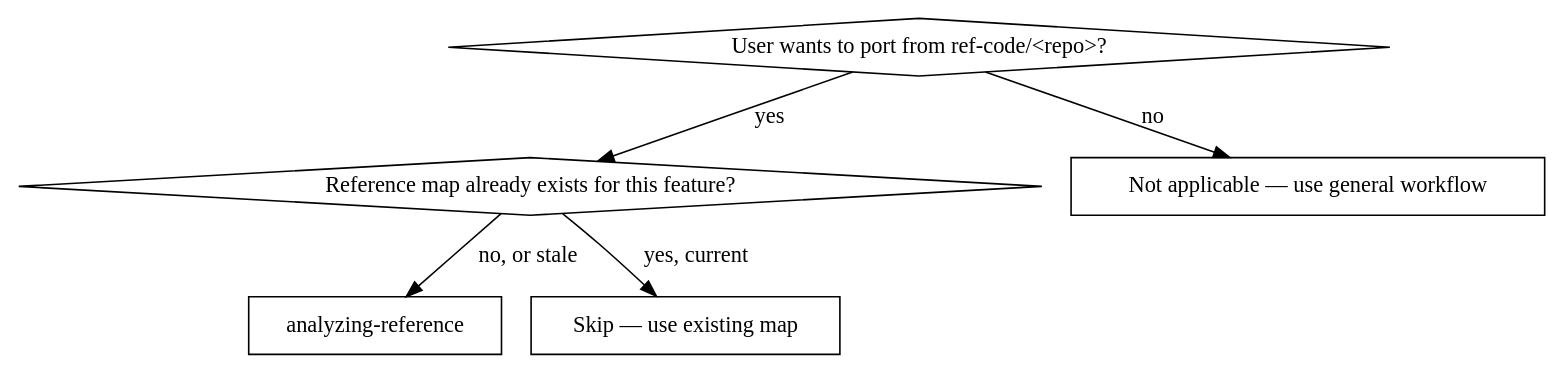
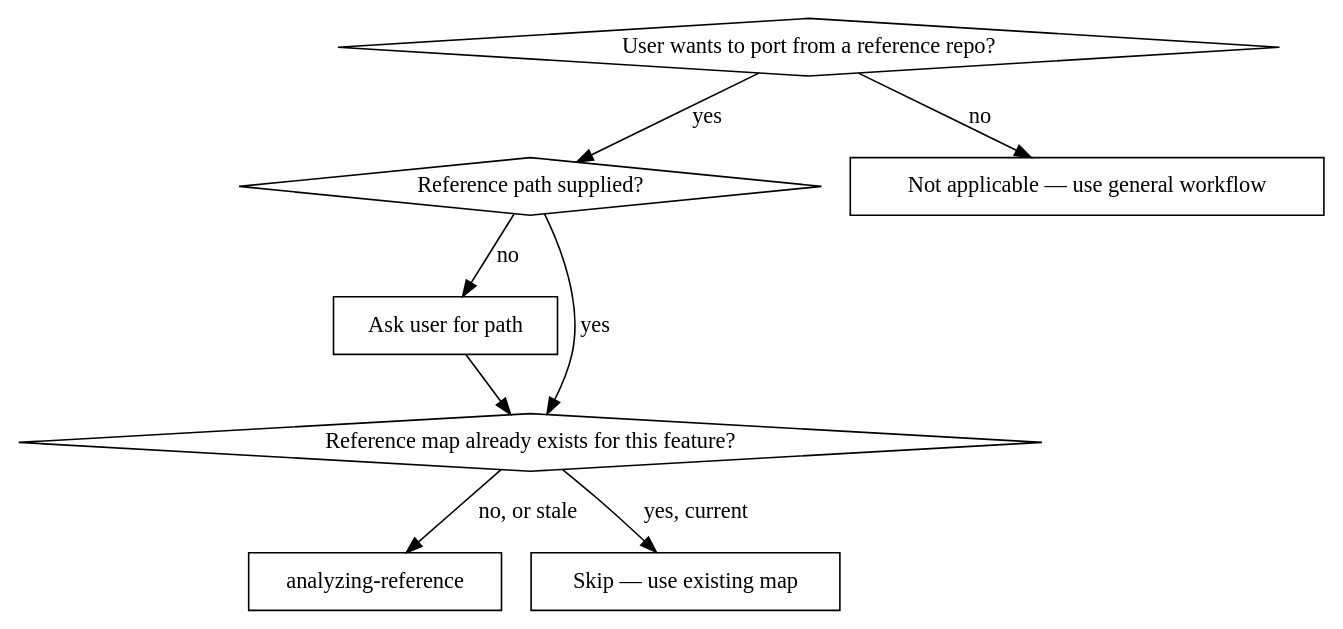
Before and after one commit to duongnghia222/code-distilling: the diagram in skills/analyzing-reference/SKILL.md, drawn with Graphviz. The commit also changed other lines of this file and 14 other files, not shown here.

Commit message:
Update documentation and prompts to support reference repos at any path on disk

````diff
--- a/skills/analyzing-reference/SKILL.md
+++ b/skills/analyzing-reference/SKILL.md
@@ -22,14 +24,19 @@
 ```dot
 digraph when_analyze {
-    "User wants to port from ref-code/<repo>?" [shape=diamond];
+    "User wants to port from a reference repo?" [shape=diamond];
+    "Reference path supplied?" [shape=diamond];
+    "Ask user for path" [shape=box];
     "Reference map already exists for this feature?" [shape=diamond];
     "analyzing-reference" [shape=box];
     "Skip — use existing map" [shape=box];
     "Not applicable — use general workflow" [shape=box];
 
-    "User wants to port from ref-code/<repo>?" -> "Reference map already exists for this feature?" [label="yes"];
-    "User wants to port from ref-code/<repo>?" -> "Not applicable — use general workflow" [label="no"];
+    "User wants to port from a reference repo?" -> "Reference path supplied?" [label="yes"];
+    "User wants to port from a reference repo?" -> "Not applicable — use general workflow" [label="no"];
+    "Reference path supplied?" -> "Reference map already exists for this feature?" [label="yes"];
+    "Reference path supplied?" -> "Ask user for path" [label="no"];
+    "Ask user for path" -> "Reference map already exists for this feature?";
     "Reference map already exists for this feature?" -> "analyzing-reference" [label="no, or stale"];
     "Reference map already exists for this feature?" -> "Skip — use existing map" [label="yes, current"];
 }
 ```
````
